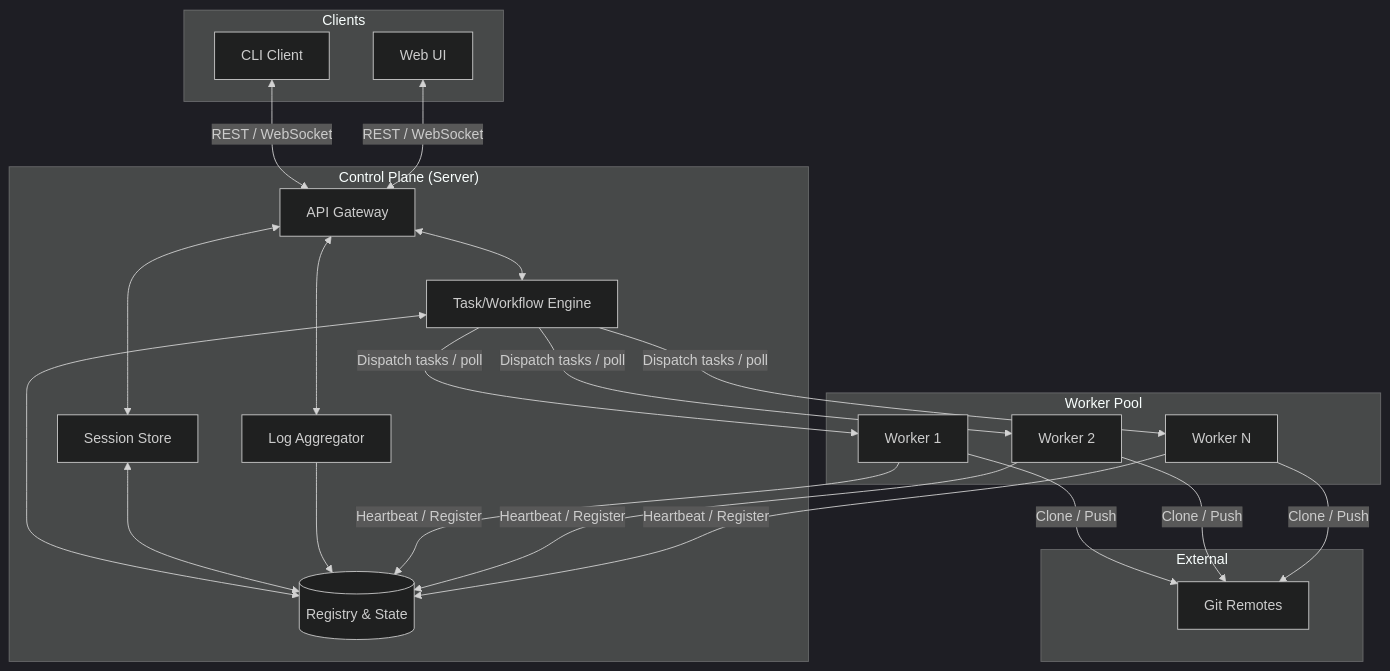
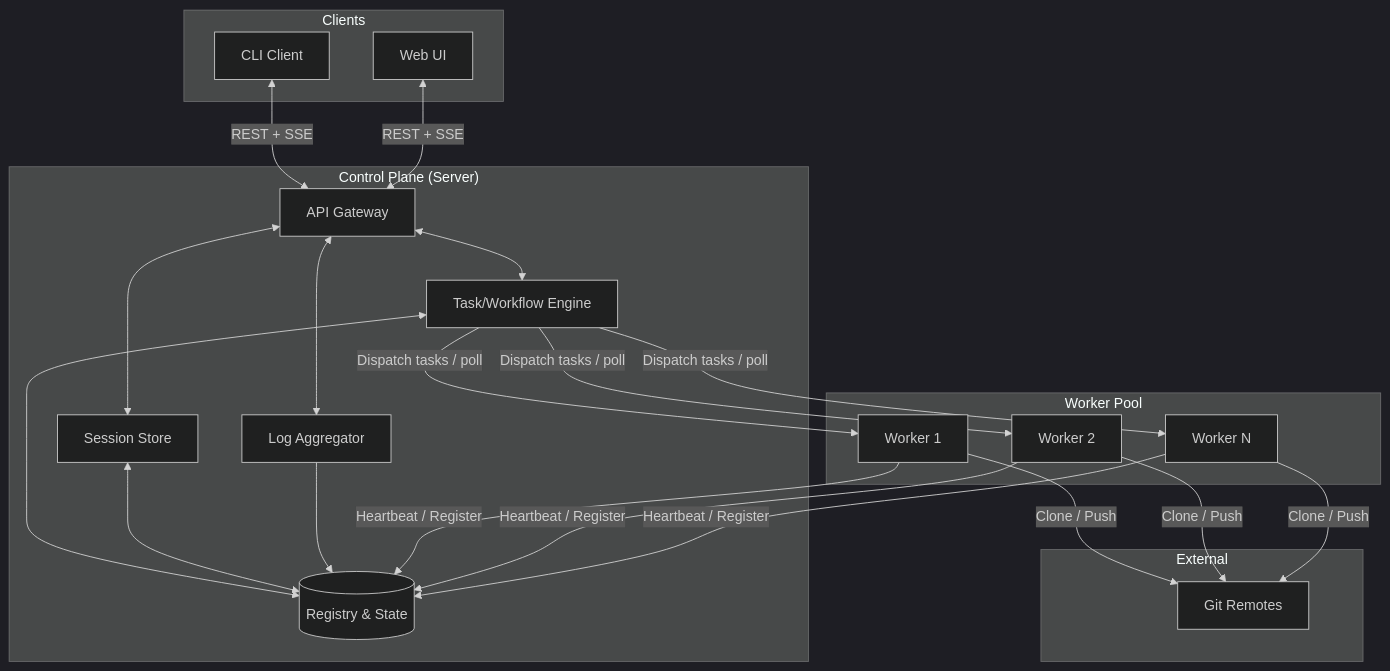
Before and after one commit to Chizbro/model_experiments: the first of 6 diagrams in docs/ARCHITECTURE.md, drawn with Mermaid (dark theme). The commit also changed other lines of this file and 20 other files, not shown here.

````diff
--- a/docs/ARCHITECTURE.md
+++ b/docs/ARCHITECTURE.md
@@ -45,44 +45,44 @@
 ```mermaid
 flowchart TB
     subgraph Clients
         CLI[CLI Client]
         Web[Web UI]
     end
 
     subgraph ControlPlane["Control Plane (Server)"]
         API[API Gateway]
         Engine[Task/Workflow Engine]
         Sessions[Session Store]
         LogAgg[Log Aggregator]
         Registry[(Registry & State)]
     end
 
     subgraph Workers["Worker Pool"]
         W1[Worker 1]
         W2[Worker 2]
         WN[Worker N]
     end
 
     subgraph External
         Git[Git Remotes]
     end
 
-    CLI <-->|REST / WebSocket| API
-    Web <-->|REST / WebSocket| API
+    CLI <-->|REST + SSE| API
+    Web <-->|REST + SSE| API
     API <--> Engine
     API <--> Sessions
     API <--> LogAgg
     Engine <--> Registry
     Sessions <--> Registry
     LogAgg --> Registry
 
     Engine -->|Dispatch tasks / poll| W1
     Engine -->|Dispatch tasks / poll| W2
     Engine -->|Dispatch tasks / poll| WN
     W1 -->|Heartbeat / Register| Registry
     W2 -->|Heartbeat / Register| Registry
     WN -->|Heartbeat / Register| Registry
     W1 -->|Clone / Push| Git
     W2 -->|Clone / Push| Git
     WN -->|Clone / Push| Git
 ```
````
